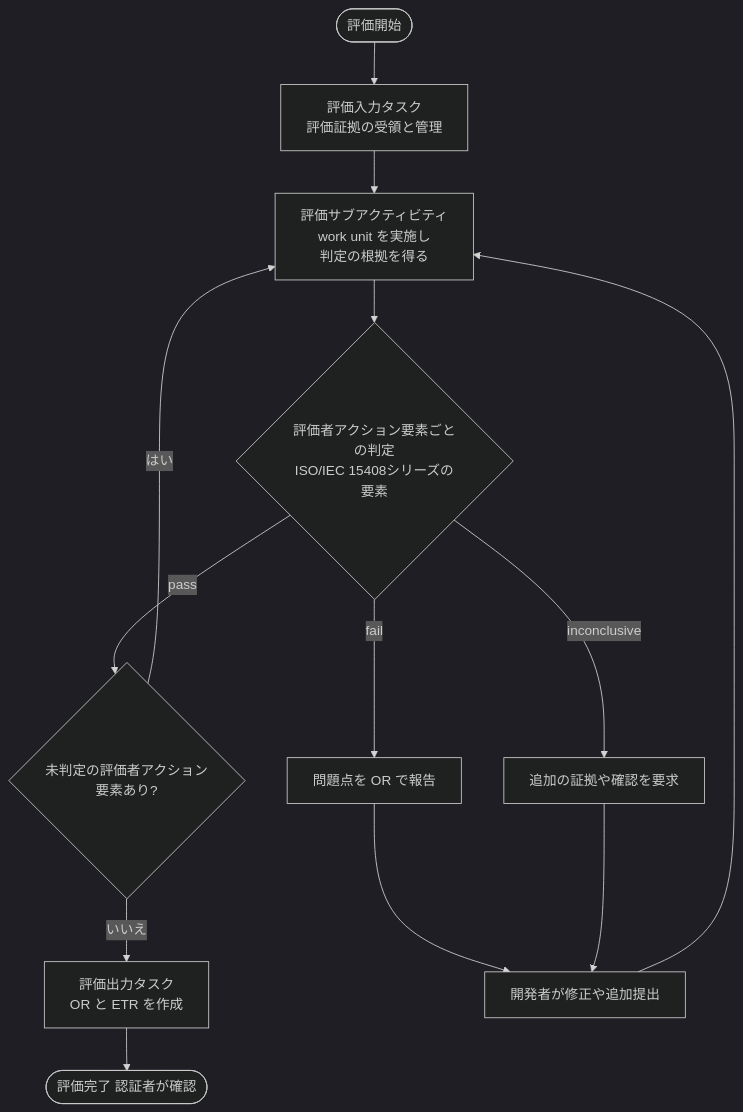
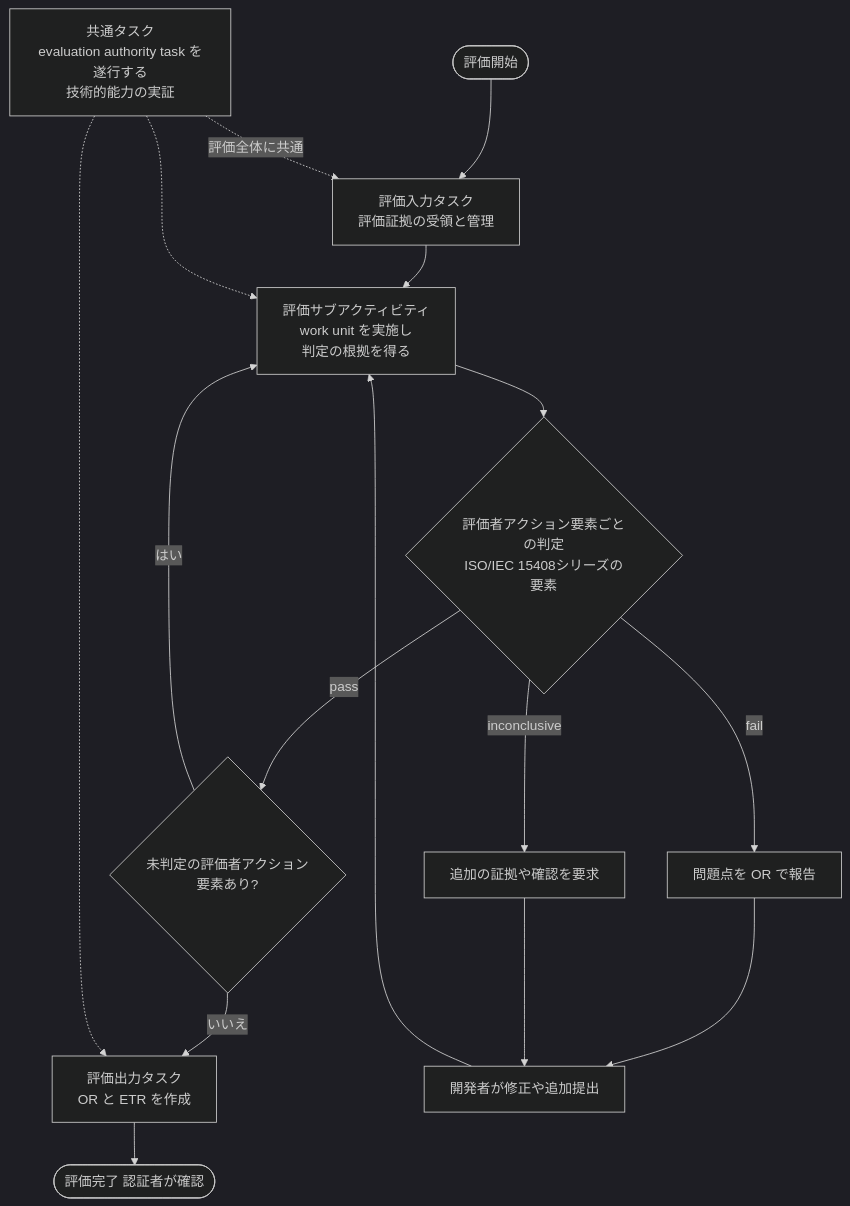
Before and after one commit to myoshi2891/Security_Studies: the sixth of 18 diagrams in Iso-iec-18045-2026-guide.md, drawn with Mermaid (dark theme). The commit also changed other lines of this file, not shown here.

Commit message:
docs(iso): add evaluation authority task and clarify page counts in ISO/IEC 18045 guide

````diff
--- a/Iso-iec-18045-2026-guide.md
+++ b/Iso-iec-18045-2026-guide.md
@@ -244,15 +245,18 @@
 ```mermaid
 flowchart TD
     S(["評価開始"]) --> I["評価入力タスク<br/>評価証拠の受領と管理"]
     I --> A["評価サブアクティビティ<br/>work unit を実施し<br/>判定の根拠を得る"]
     A --> V{"評価者アクション要素ごとの判定<br/>ISO/IEC 15408シリーズの要素"}
     V -->|"pass"| N{"未判定の評価者アクション要素あり?"}
     N -->|"はい"| A
     N -->|"いいえ"| O["評価出力タスク<br/>OR と ETR を作成"]
     V -->|"fail"| R1["問題点を OR で報告"]
     V -->|"inconclusive"| R2["追加の証拠や確認を要求"]
     R1 --> D["開発者が修正や追加提出"]
     R2 --> D
     D --> A
     O --> E(["評価完了 認証者が確認"])
+    C["共通タスク<br/>evaluation authority task を遂行する<br/>技術的能力の実証"] -.->|"評価全体に共通"| I
+    C -.-> A
+    C -.-> O
 ```
````
